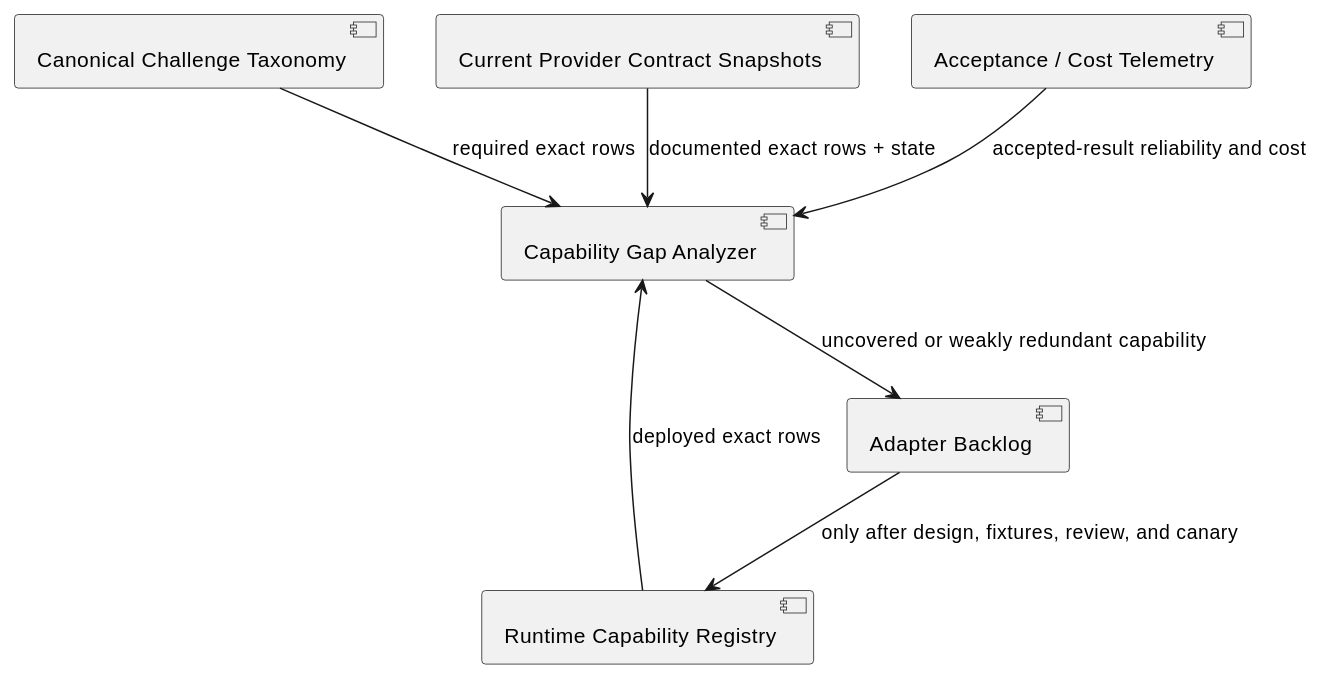
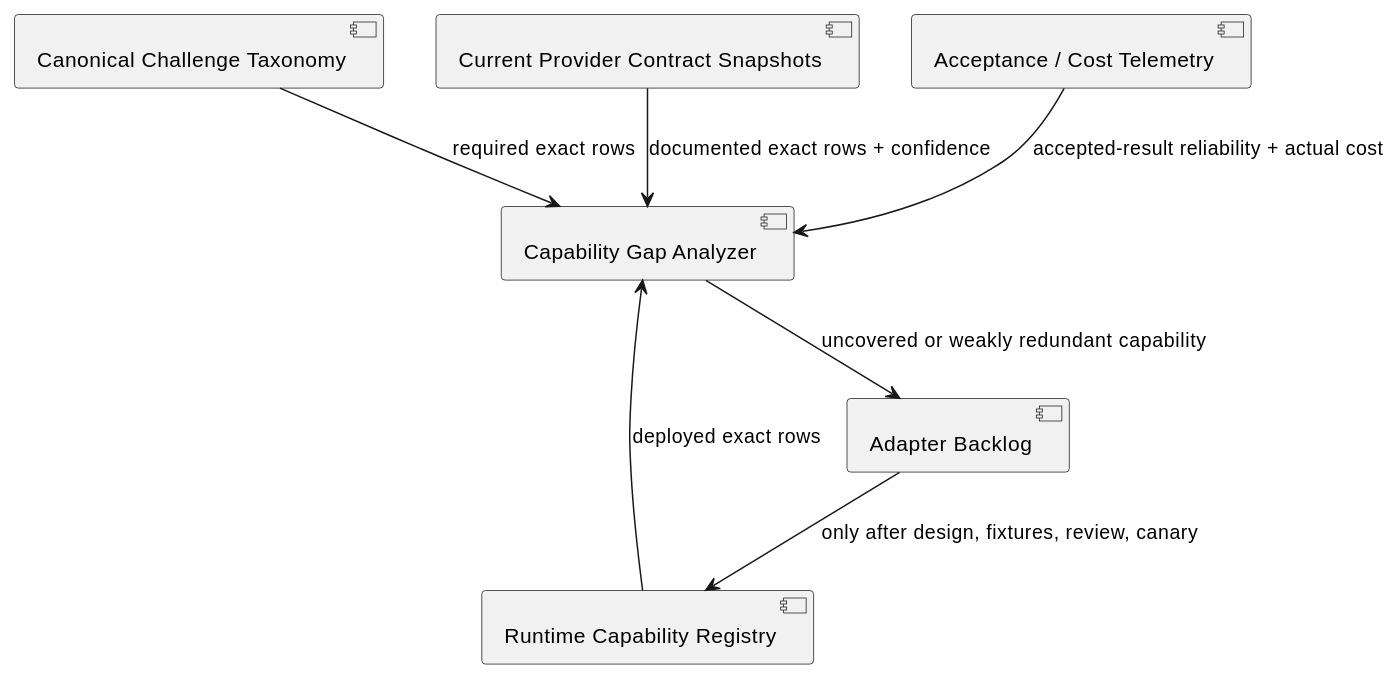
Before and after one commit to lost-rob0t/starintel-auto-research: the diagram in roam/research/starintel-pro-actors/STAR-PRO-RESEARCH-004-hcaptcha-provider-gap-audit.org, drawn with PlantUML. The commit also changed other lines of this file, not shown here.

Commit message:
approve and refresh multi-provider CAPTCHA gap research

```diff
--- a/roam/research/starintel-pro-actors/STAR-PRO-RESEARCH-004-hcaptcha-provider-gap-audit.org
+++ b/roam/research/starintel-pro-actors/STAR-PRO-RESEARCH-004-hcaptcha-provider-gap-audit.org
@@ -39,17 +37,17 @@
 #+begin_src plantuml
 @startuml
 component "Canonical Challenge Taxonomy" as Taxonomy
 component "Current Provider Contract Snapshots" as Contracts
 component "Runtime Capability Registry" as Registry
 component "Acceptance / Cost Telemetry" as Telemetry
 component "Capability Gap Analyzer" as Gap
 component "Adapter Backlog" as Backlog
 
 Taxonomy --> Gap : required exact rows
-Contracts --> Gap : documented exact rows + state
+Contracts --> Gap : documented exact rows + confidence
 Registry --> Gap : deployed exact rows
-Telemetry --> Gap : accepted-result reliability and cost
+Telemetry --> Gap : accepted-result reliability + actual cost
 Gap --> Backlog : uncovered or weakly redundant capability
-Backlog --> Registry : only after design, fixtures, review, and canary
+Backlog --> Registry : only after design, fixtures, review, canary
 @enduml
 #+end_src
```
